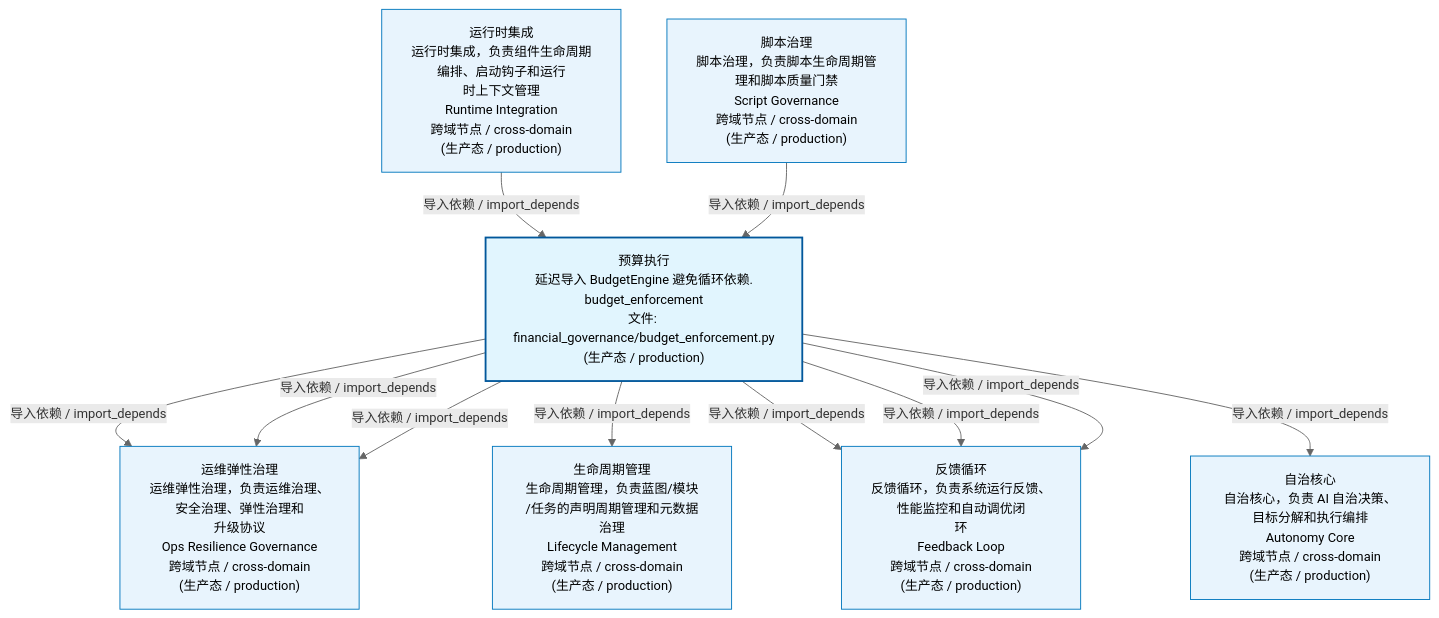
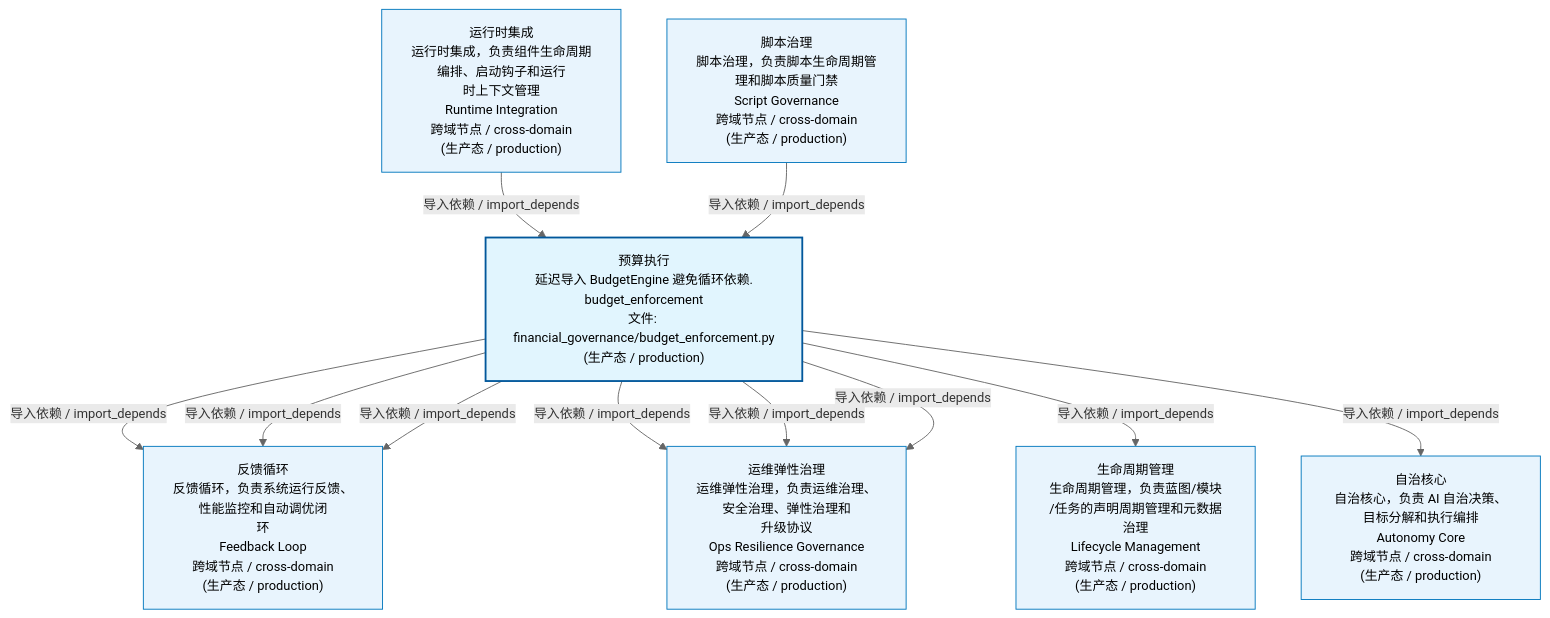
The first of 3 diagrams in docs/02_enterprise_architecture/02_domain_architecture_docs/54_d_gov_repair.md (xuanFelixVan/ZephyrAlpha), drawn with Mermaid before and after one commit. The commit also changed 45 other files, not shown here.

````diff
--- a/docs/02_enterprise_architecture/02_domain_architecture_docs/54_d_gov_repair.md
+++ b/docs/02_enterprise_architecture/02_domain_architecture_docs/54_d_gov_repair.md
@@ -53,27 +53,27 @@
 ```mermaid
 %%{init: {'theme': 'base', 'themeVariables': {'primaryColor': '#eaeaea', 'primaryTextColor': '#333333', 'primaryBorderColor': '#666666', 'lineColor': '#666666', 'secondaryColor': '#eaeaea', 'tertiaryColor': '#eaeaea', 'fontSize': '14px'}}}%%
 flowchart TD
     src_zephyr_governance_financial_governance_budget_enforcement_py["预算执行<br/>延迟导入 BudgetEngine 避免循环依赖.<br/>budget_enforcement<br/>文件: financial_governance/budget_enforcement.py<br/>(生产态 / production)"]
+    D_OPS["反馈循环<br/>反馈循环，负责系统运行反馈、性能监控和自动调优闭<br/>环<br/>Feedback Loop<br/>跨域节点 / cross-domain<br/>(生产态 / production)"]
+    src_zephyr_governance_financial_governance_budget_enforcement_py -->|导入依赖 / import_depends| D_OPS
     D_GOV_OPS_RESILIENCE["运维弹性治理<br/>运维弹性治理，负责运维治理、安全治理、弹性治理和<br/>升级协议<br/>Ops Resilience Governance<br/>跨域节点 / cross-domain<br/>(生产态 / production)"]
     src_zephyr_governance_financial_governance_budget_enforcement_py -->|导入依赖 / import_depends| D_GOV_OPS_RESILIENCE
     src_zephyr_governance_financial_governance_budget_enforcement_py -->|导入依赖 / import_depends| D_GOV_OPS_RESILIENCE
     D_GOVERNANCE["生命周期管理<br/>生命周期管理，负责蓝图/模块<br/>/任务的声明周期管理和元数据治理<br/>Lifecycle Management<br/>跨域节点 / cross-domain<br/>(生产态 / production)"]
     src_zephyr_governance_financial_governance_budget_enforcement_py -->|导入依赖 / import_depends| D_GOVERNANCE
-    D_OPS["反馈循环<br/>反馈循环，负责系统运行反馈、性能监控和自动调优闭<br/>环<br/>Feedback Loop<br/>跨域节点 / cross-domain<br/>(生产态 / production)"]
     src_zephyr_governance_financial_governance_budget_enforcement_py -->|导入依赖 / import_depends| D_OPS
     D_AUTONOMY_CORE["自治核心<br/>自治核心，负责 AI 自治决策、目标分解和执行编排<br/>Autonomy Core<br/>跨域节点 / cross-domain<br/>(生产态 / production)"]
     src_zephyr_governance_financial_governance_budget_enforcement_py -->|导入依赖 / import_depends| D_AUTONOMY_CORE
     src_zephyr_governance_financial_governance_budget_enforcement_py -->|导入依赖 / import_depends| D_OPS
     src_zephyr_governance_financial_governance_budget_enforcement_py -->|导入依赖 / import_depends| D_GOV_OPS_RESILIENCE
-    src_zephyr_governance_financial_governance_budget_enforcement_py -->|导入依赖 / import_depends| D_OPS
     D_INFRA_RUNTIME["运行时集成<br/>运行时集成，负责组件生命周期编排、启动钩子和运行<br/>时上下文管理<br/>Runtime Integration<br/>跨域节点 / cross-domain<br/>(生产态 / production)"]
     D_INFRA_RUNTIME -->|导入依赖 / import_depends| src_zephyr_governance_financial_governance_budget_enforcement_py
     D_GOV_SCRIPTS["脚本治理<br/>脚本治理，负责脚本生命周期管理和脚本质量门禁<br/>Script Governance<br/>跨域节点 / cross-domain<br/>(生产态 / production)"]
     D_GOV_SCRIPTS -->|导入依赖 / import_depends| src_zephyr_governance_financial_governance_budget_enforcement_py
     classDef production fill:#e1f5fe,stroke:#01579b,stroke-width:2px,color:#000
     classDef design fill:#fff3e0,stroke:#e65100,stroke-width:2px,color:#000,stroke-dasharray: 5 5
     classDef external_prod fill:#e8f4fd,stroke:#0277bd,stroke-width:1px,color:#000
     classDef external_design fill:#fff8e7,stroke:#ef6c00,stroke-width:1px,color:#000,stroke-dasharray: 5 5
     class src_zephyr_governance_financial_governance_budget_enforcement_py production
-    class D_GOV_OPS_RESILIENCE,D_GOVERNANCE,D_OPS,D_AUTONOMY_CORE,D_INFRA_RUNTIME,D_GOV_SCRIPTS external_prod
+    class D_OPS,D_GOV_OPS_RESILIENCE,D_GOVERNANCE,D_AUTONOMY_CORE,D_INFRA_RUNTIME,D_GOV_SCRIPTS external_prod
 ```
````
